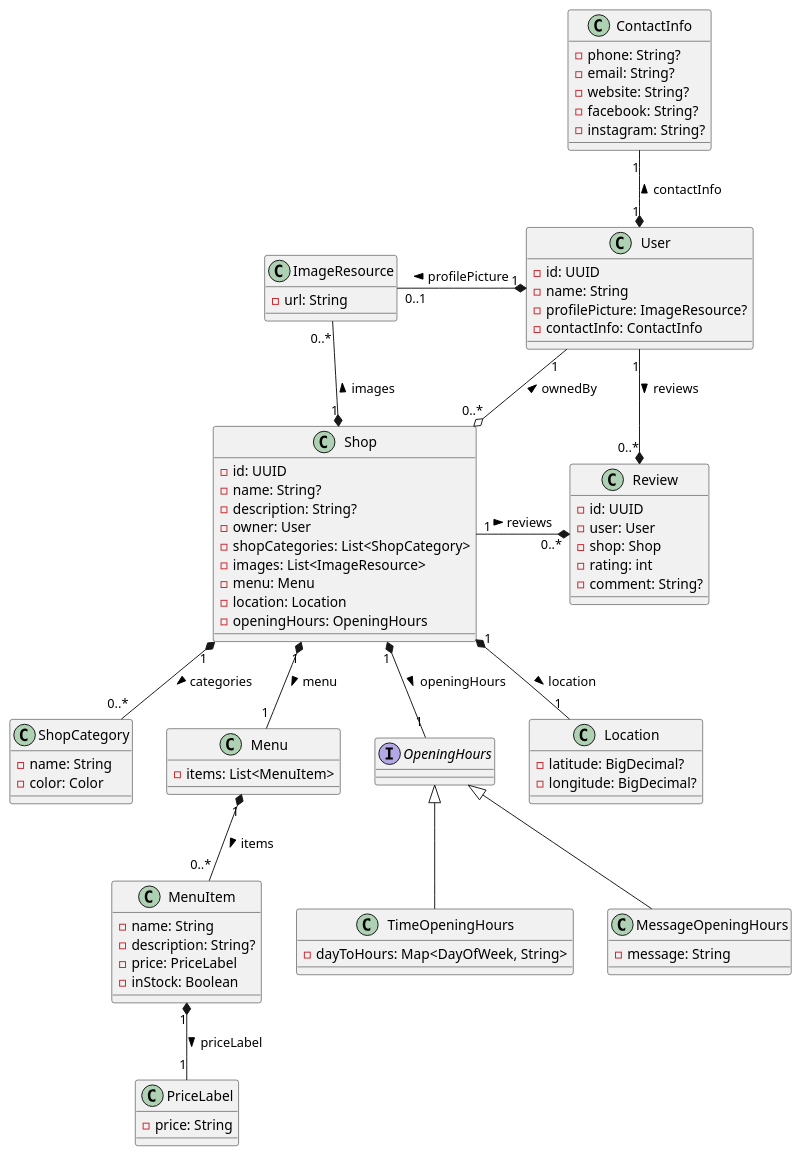
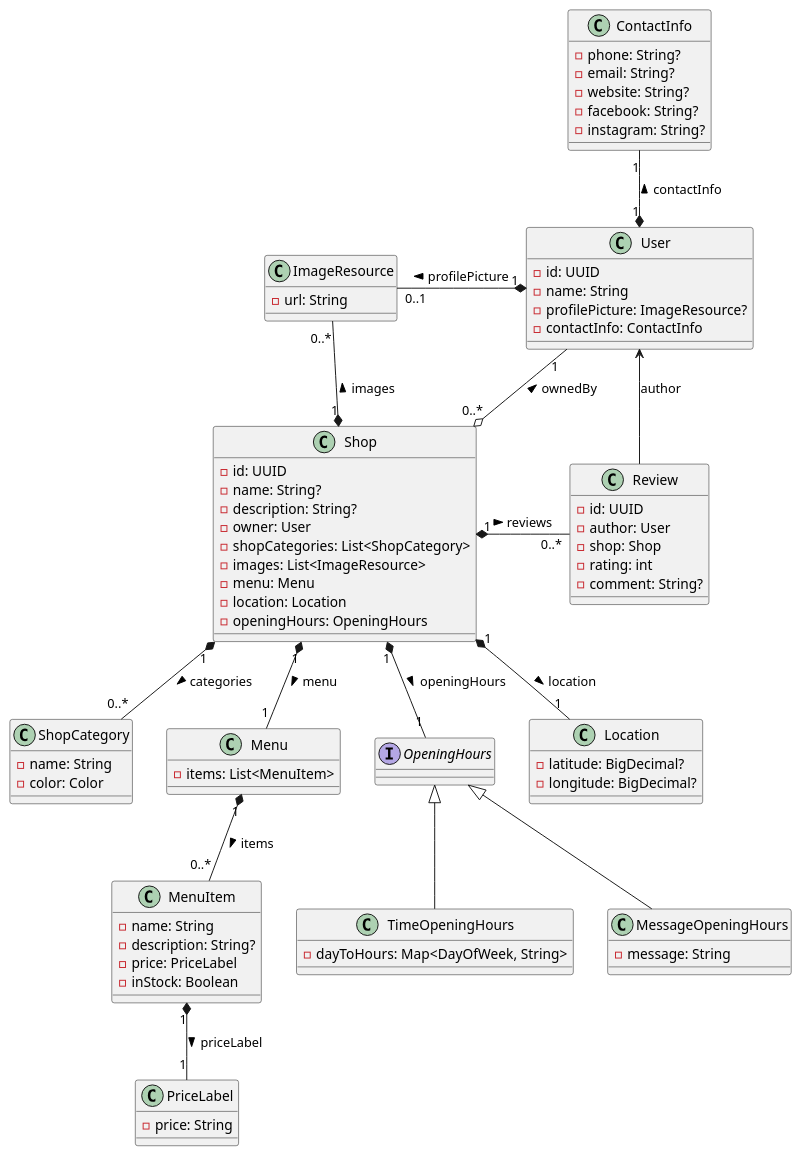
Before and after one commit to tondracek/my-farmer: the diagram in docs/diagram/class_diagram.puml, drawn with PlantUML.

Commit message:
fix(diagram): review relationships

```diff
--- a/docs/diagram/class_diagram.puml
+++ b/docs/diagram/class_diagram.puml
@@ -1,120 +1,120 @@
 @startuml
 
 skinparam backgroundColor #FFFFFF
 
 class ImageResource {
     - url: String
 }
 
 ' ----------------------------------- '
 
 class User {
     - id: UUID
     - name: String
     - profilePicture: ImageResource?
     - contactInfo: ContactInfo
 }
 
 User "1" *-L "0..1" ImageResource : profilePicture >
 
 ' ----------------------------------- '
 
 class ContactInfo {
     - phone: String?
     - email: String?
     - website: String?
     - facebook: String?
     - instagram: String?
 }
 
 User "1" *-U- "1" ContactInfo : contactInfo >
 
 ' ----------------------------------- '
 
 class Shop {
     - id: UUID
     - name: String?
     - description: String?
     - owner: User
     - shopCategories: List<ShopCategory>
     - images: List<ImageResource>
     - menu: Menu
     - location: Location
     - openingHours: OpeningHours
 }
 
 User "1" --o "0..*" Shop : ownedBy <
 
 Shop "1" *-U- "0..*" ImageResource : images >
 
 ' ----------------------------------- '
 
 class ShopCategory {
     - name: String
     - color: Color
 }
 
 'owned by shop, filtering done using normalized names
 Shop "1" *-- "0..*" ShopCategory : categories >
 
 ' ----------------------------------- '
 
 class Menu {
     - items: List<MenuItem>
 }
 
 class MenuItem {
     - name: String
     - description: String?
     - price: PriceLabel
     - inStock: Boolean
 }
 
 class PriceLabel {
     - price: String
 }
 
 Shop "1" *-- "1" Menu : menu >
 Menu "1" *-- "0..*" MenuItem : items >
 MenuItem "1" *-- "1" PriceLabel : priceLabel >
 
 ' ----------------------------------- '
 
 interface OpeningHours
 
 class TimeOpeningHours {
     - dayToHours: Map<DayOfWeek, String>
 }
 
 class MessageOpeningHours {
     - message: String
 }
 
 OpeningHours <|-- TimeOpeningHours
 OpeningHours <|-- MessageOpeningHours
 
 Shop "1" *-- "1" OpeningHours : openingHours >
 
 ' ----------------------------------- '
 
 class Location {
     - latitude: BigDecimal?
     - longitude: BigDecimal?
 }
 
 Shop "1" *-- "1" Location : location >
 
 ' ----------------------------------- '
 
 class Review {
     - id: UUID
-    - user: User
+    - author: User
     - shop: Shop
     - rating: int
     - comment: String?
 }
 
-Shop "1" -* "0..*" Review : reviews >
-User "1" -* "0..*" Review : reviews >
+Shop "1" *- "0..*" Review : reviews >
+Review -> User : author
 
 @enduml
```
